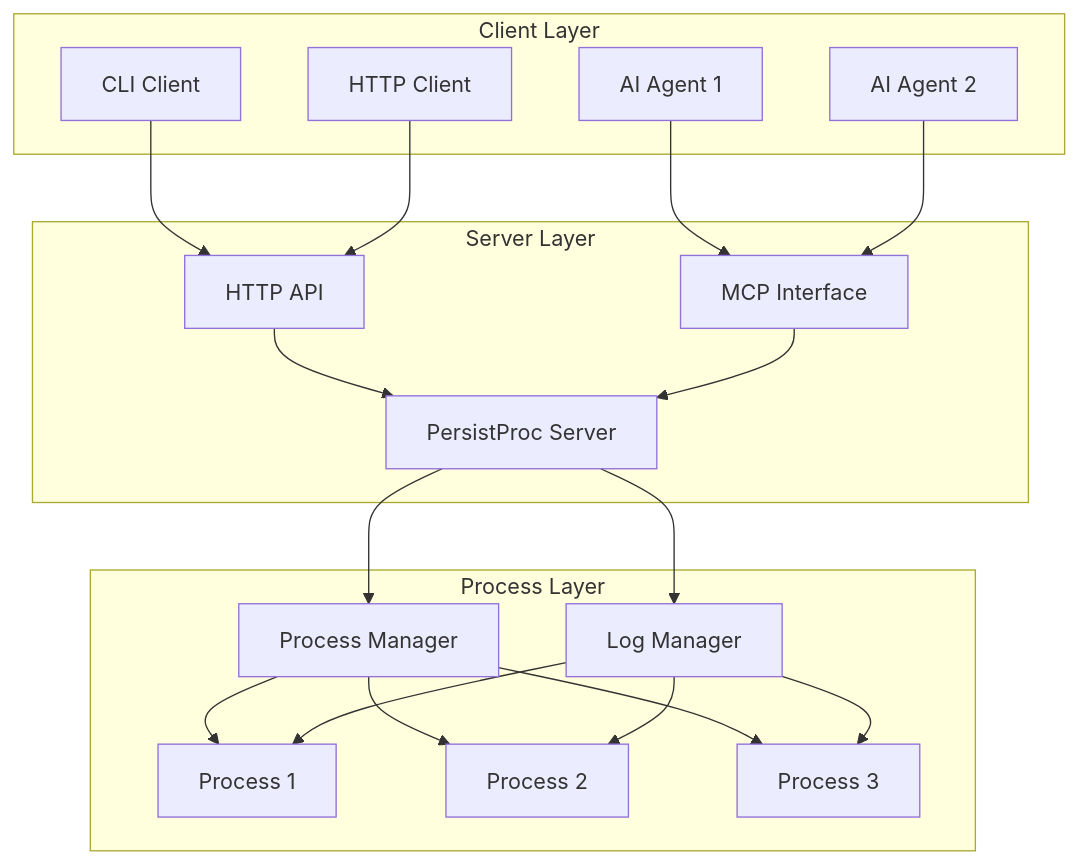
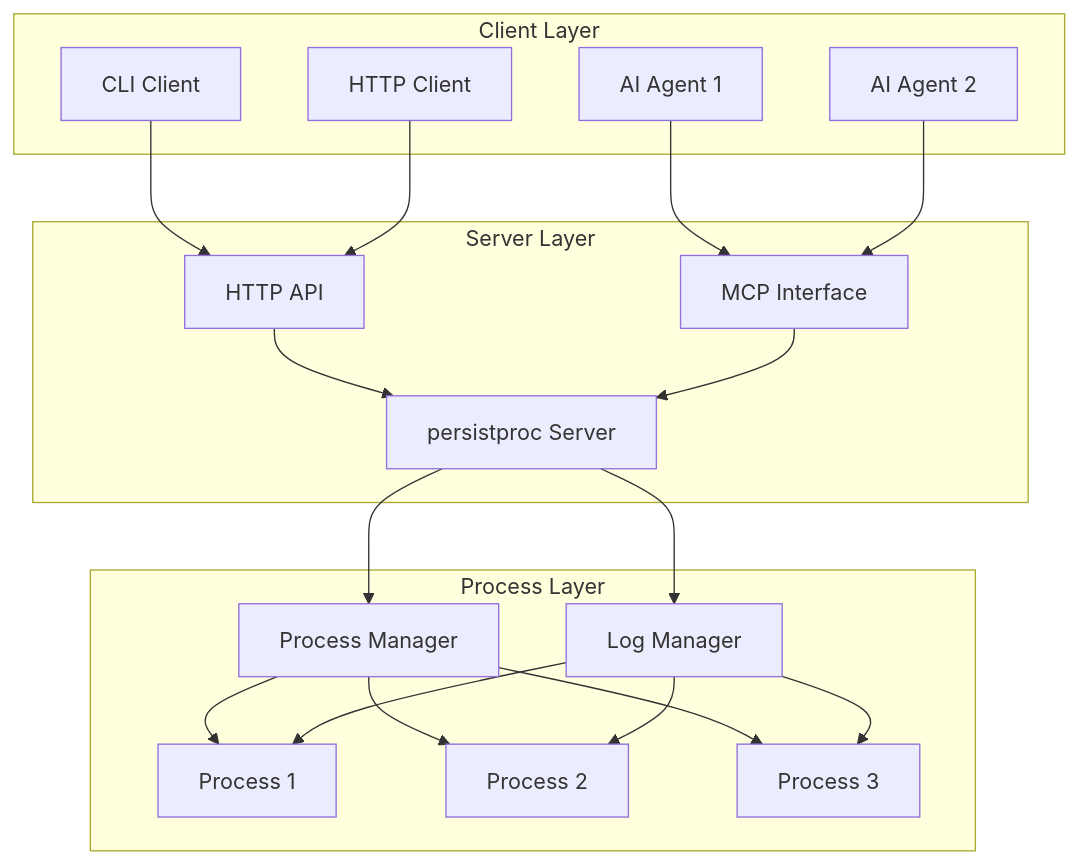
Before and after one commit to irskep/persistproc: the first of 5 diagrams in docs/user-guide/core-concepts.md, drawn with Mermaid. The commit also changed other lines of this file and 7 other files, not shown here.

````diff
--- a/docs/user-guide/core-concepts.md
+++ b/docs/user-guide/core-concepts.md
@@ -9,39 +9,39 @@
 ```mermaid
 graph TB
     subgraph "Client Layer"
         CLI[CLI Client]
         Agent1[AI Agent 1]
         Agent2[AI Agent 2]
         HTTP[HTTP Client]
     end
     
     subgraph "Server Layer"
-        Server[PersistProc Server]
+        Server[persistproc Server]
         MCP[MCP Interface]
         API[HTTP API]
     end
     
     subgraph "Process Layer"
         PM[Process Manager]
         LM[Log Manager]
         P1[Process 1]
         P2[Process 2]
         P3[Process 3]
     end
     
     CLI --> API
     Agent1 --> MCP
     Agent2 --> MCP
     HTTP --> API
     
     API --> Server
     MCP --> Server
     Server --> PM
     Server --> LM
     PM --> P1
     PM --> P2
     PM --> P3
     LM --> P1
     LM --> P2
     LM --> P3
 ```
````
